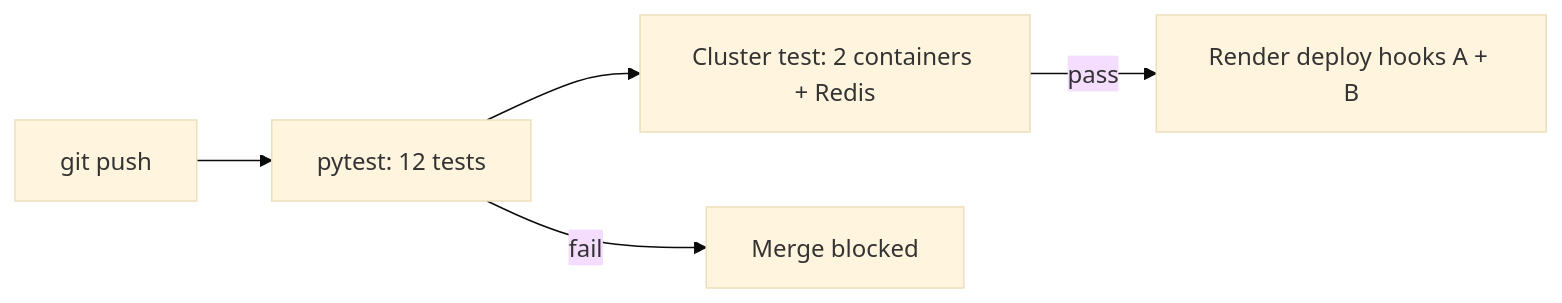
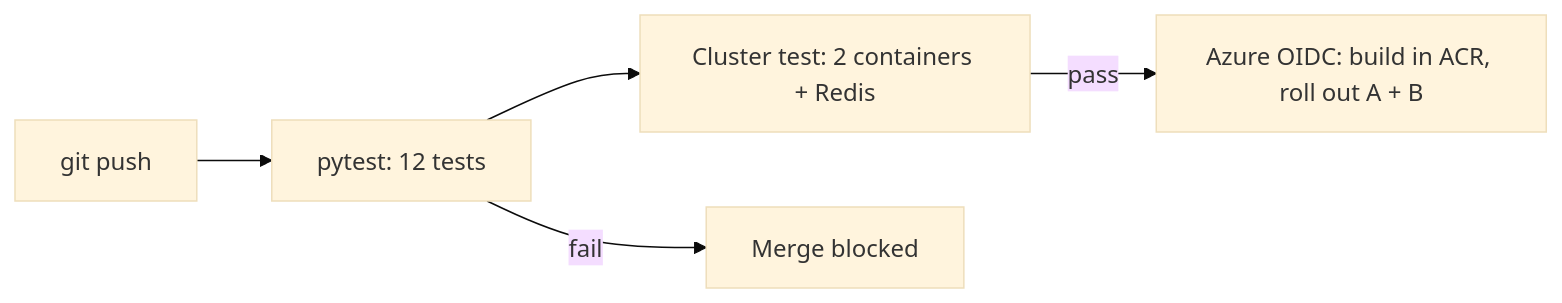
One commit to Navrattan-np/live-poll changed the second of 2 diagrams in README.md. Above: the diagram before and after it, drawn with Mermaid (base theme). The commit also changed other lines of this file and 4 other files, not shown here.

Commit message:
Add Azure Container Apps deployment (bicep + deploy script + OIDC CD)

````diff
--- a/README.md
+++ b/README.md
@@ -36,7 +36,7 @@
 ```mermaid
 flowchart LR
     D[git push] --> T[pytest: 12 tests]
     T --> C[Cluster test: 2 containers + Redis]
-    C -->|pass| R[Render deploy hooks A + B]
+    C -->|pass| R[Azure OIDC: build in ACR, roll out A + B]
     T -->|fail| X[Merge blocked]
 ```
````
